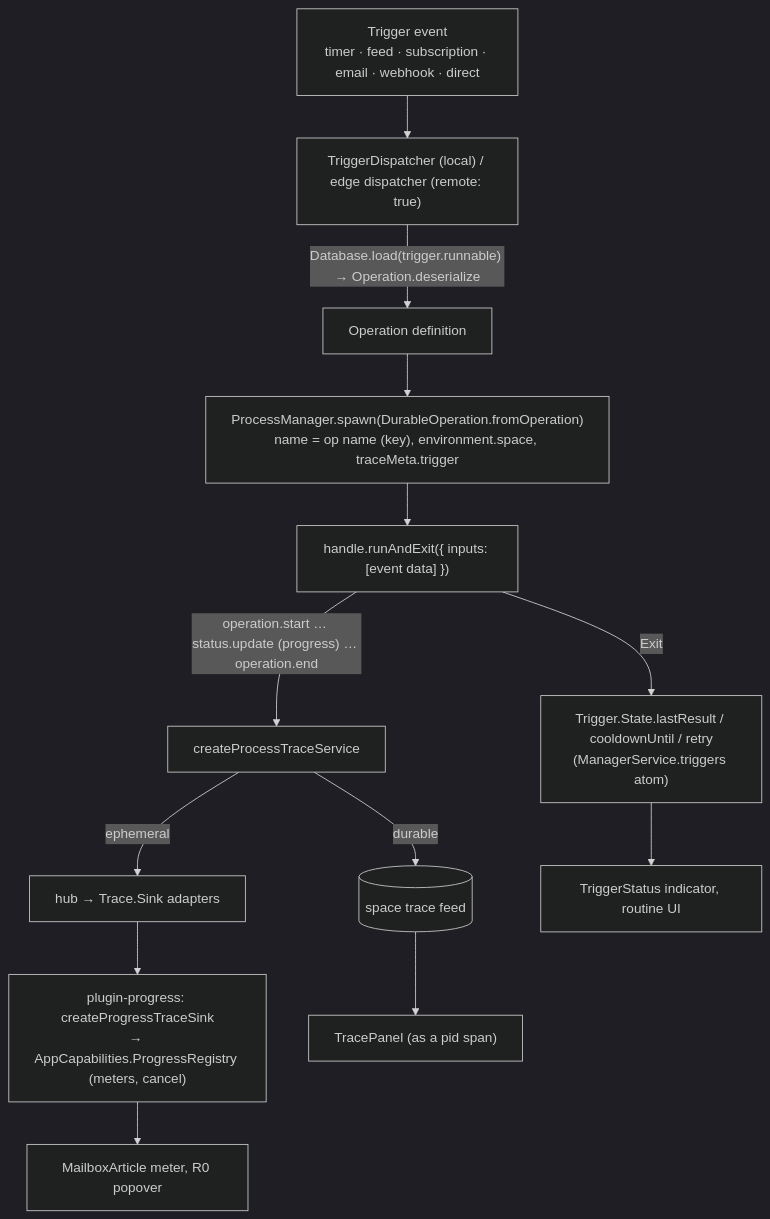
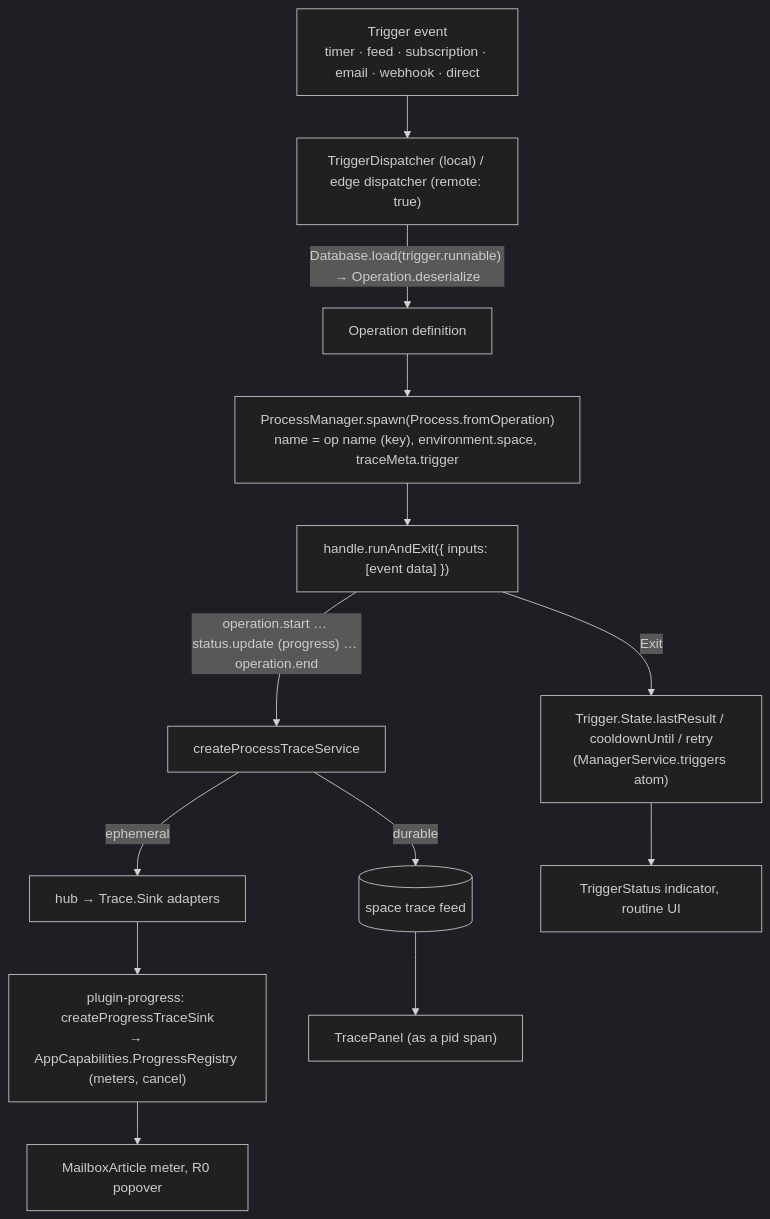
The fourth of 9 diagrams in packages/plugins/plugin-assistant/docs/ACTIVITY.md (dxos/dxos), drawn with Mermaid (dark theme) before and after one commit. The commit also changed other lines of this file and 23 other files, not shown here.

First line of the commit message:
compute: move the process invoker back to compute-runtime; drop DurableOperation

````diff
--- a/packages/plugins/plugin-assistant/docs/ACTIVITY.md
+++ b/packages/plugins/plugin-assistant/docs/ACTIVITY.md
@@ -271,15 +271,15 @@
 ```mermaid
 flowchart TB
   EV["Trigger event<br/>timer · feed · subscription · email · webhook · direct"] --> TD
   TD["TriggerDispatcher (local) / edge dispatcher (remote: true)"] -->|"Database.load(trigger.runnable) → Operation.deserialize"| DEF[Operation definition]
-  DEF --> SP["ProcessManager.spawn(DurableOperation.fromOperation)<br/>name = op name (key), environment.space, traceMeta.trigger"]
+  DEF --> SP["ProcessManager.spawn(Process.fromOperation)<br/>name = op name (key), environment.space, traceMeta.trigger"]
   SP --> RUN["handle.runAndExit({ inputs: [event data] })"]
   RUN -->|"operation.start … status.update (progress) … operation.end"| TS[createProcessTraceService]
   TS -->|durable| FEED[("space trace feed")]
   TS -->|ephemeral| HUB["hub → Trace.Sink adapters"]
   HUB --> PR["plugin-progress: createProgressTraceSink<br/>→ AppCapabilities.ProgressRegistry (meters, cancel)"]
   RUN -->|Exit| ST["Trigger.State.lastResult / cooldownUntil / retry<br/>(ManagerService.triggers atom)"]
   ST --> TSTAT["TriggerStatus indicator, routine UI"]
   FEED --> TP["TracePanel (as a pid span)"]
   PR --> METER["MailboxArticle meter, R0 popover"]
 ```
````
